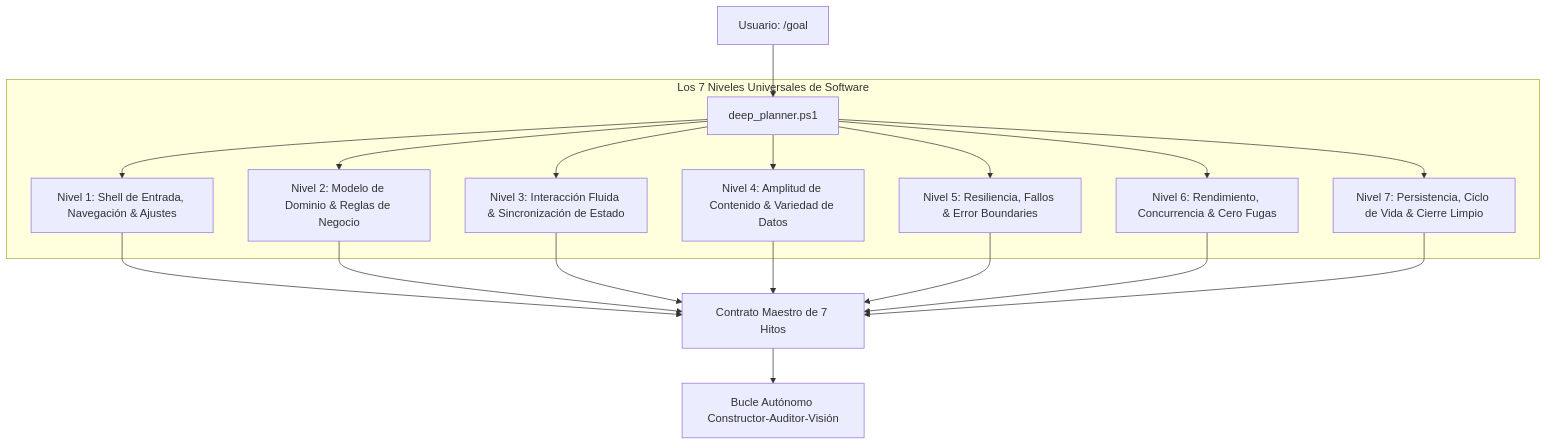
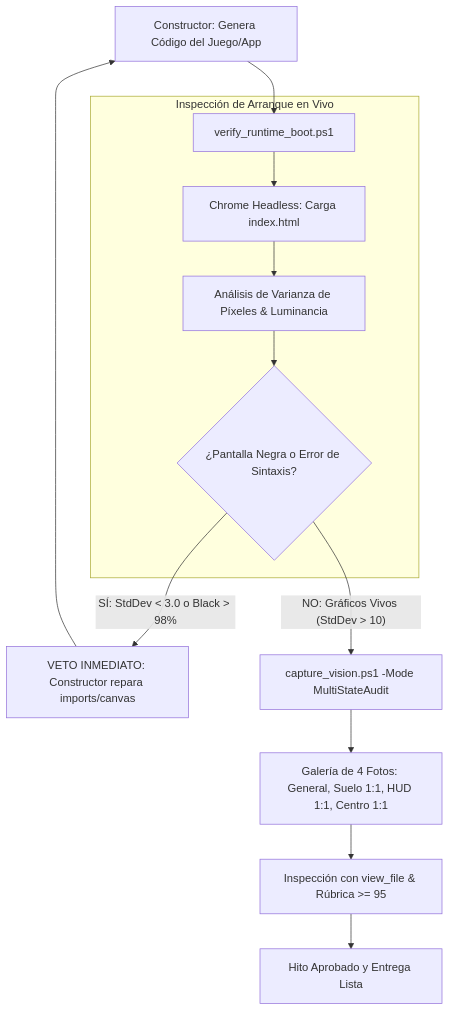
The diagram in README.md (BryanGM12/antigravity-ultra-goal), drawn with Mermaid before and after one commit. The commit also changed other lines of this file and 5 other files, not shown here.

Commit message:
feat(v3.2.0): implement Live Runtime Boot Verifier (verify_runtime_boot), Dead Screen Gate (BSOD), and Multi-Photo Visual Scrutiny

````diff
--- a/README.md
+++ b/README.md
@@ -111,17 +46,18 @@
 ```mermaid
 graph TD
-    Goal[Usuario: /goal <cualquier proyecto>] --> DeepPlanner[deep_planner.ps1]
+    Builder[Constructor: Genera Código del Juego/App] --> PreFlight[verify_runtime_boot.ps1]
     
-    subgraph "Los 7 Niveles Universales de Software"
-        DeepPlanner --> T1[Nivel 1: Shell de Entrada, Navegación & Ajustes]
-        DeepPlanner --> T2[Nivel 2: Modelo de Dominio & Reglas de Negocio]
-        DeepPlanner --> T3[Nivel 3: Interacción Fluida & Sincronización de Estado]
-        DeepPlanner --> T4[Nivel 4: Amplitud de Contenido & Variedad de Datos]
-        DeepPlanner --> T5[Nivel 5: Resiliencia, Fallos & Error Boundaries]
-        DeepPlanner --> T6[Nivel 6: Rendimiento, Concurrencia & Cero Fugas]
-        DeepPlanner --> T7[Nivel 7: Persistencia, Ciclo de Vida & Cierre Limpio]
+    subgraph "Inspección de Arranque en Vivo"
+        PreFlight --> Headless[Chrome Headless: Carga index.html]
+        Headless --> PixelAnalysis[Análisis de Varianza de Píxeles & Luminancia]
+        PixelAnalysis --> Check{¿Pantalla Negra o Error de Sintaxis?}
     end
     
-    T1 & T2 & T3 & T4 & T5 & T6 & T7 --> MasterContract[Contrato Maestro de 7 Hitos]
-    MasterContract --> Execution[Bucle Autónomo Constructor-Auditor-Visión]
+    Check -- "SÍ: StdDev < 3.0 o Black > 98%" --> AutoFix[VETO INMEDIATO: Constructor repara imports/canvas]
+    AutoFix --> Builder
+    
+    Check -- "NO: Gráficos Vivos (StdDev > 10)" --> MultiVision[capture_vision.ps1 -Mode MultiStateAudit]
+    MultiVision --> Gallery[Galería de 4 Fotos: General, Suelo 1:1, HUD 1:1, Centro 1:1]
+    Gallery --> Auditor[Inspección con view_file & Rúbrica >= 95]
+    Auditor --> Approved[Hito Aprobado y Entrega Lista]
 ```
````
